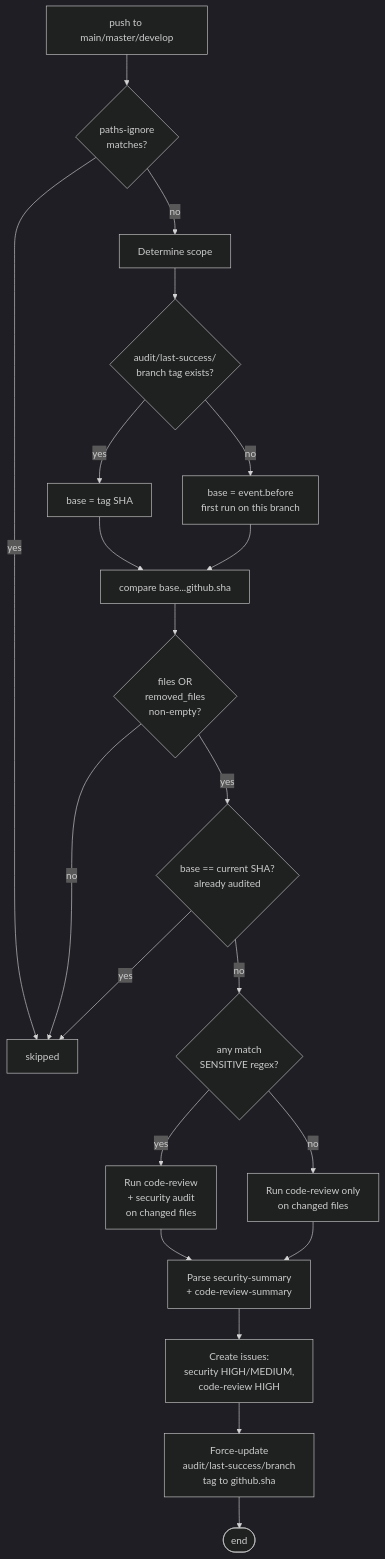
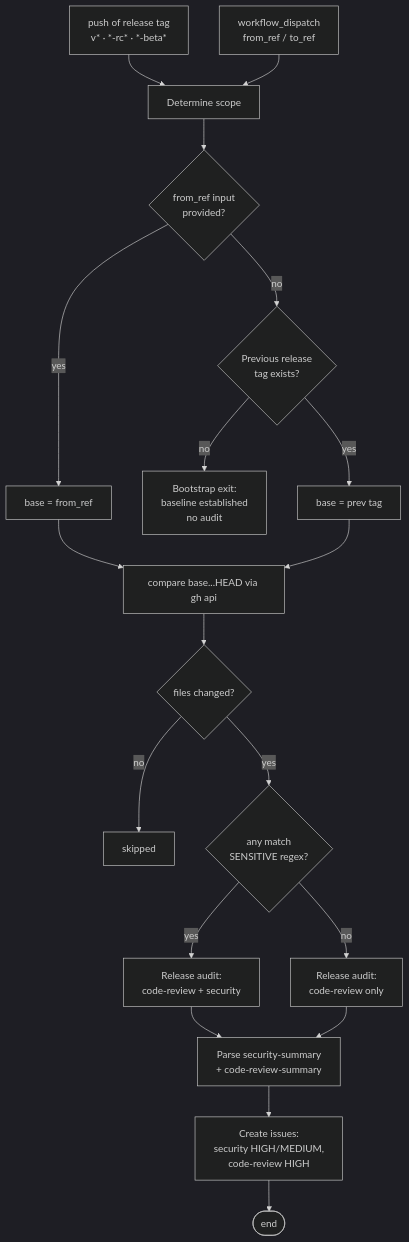
The fifth of 5 diagrams in .github/README.md (fibaneza/llm-usage-lens), drawn with Mermaid (dark theme) before and after one commit. The commit also changed other lines of this file and 1 other file, not shown here.

First line of the commit message:
docs: update README with GitHub Flow, release-tag audit, branch protection

````diff
--- a/.github/README.md
+++ b/.github/README.md
@@ -241,23 +283,21 @@
 ```mermaid
 flowchart TD
-    P[push to main/master/develop] --> PI{paths-ignore<br/>matches?}
-    PI -->|yes| Z[skipped]
-    PI -->|no| DS[Determine scope]
-    DS --> TAG{audit/last-success/<br/>branch tag exists?}
-    TAG -->|yes| BASE1[base = tag SHA]
-    TAG -->|no| BASE2[base = event.before<br/>first run on this branch]
-    BASE1 --> DIFF[compare base...github.sha]
+    P[push of release tag<br/>v* · *-rc* · *-beta*] --> DS[Determine scope]
+    WD[workflow_dispatch<br/>from_ref / to_ref] --> DS
+    DS --> FR{from_ref input<br/>provided?}
+    FR -->|yes| BASE1[base = from_ref]
+    FR -->|no| PT{Previous release<br/>tag exists?}
+    PT -->|no| BOOT[Bootstrap exit:<br/>baseline established<br/>no audit]
+    PT -->|yes| BASE2[base = prev tag]
+    BASE1 --> DIFF[compare base...HEAD via gh api]
     BASE2 --> DIFF
-    DIFF --> CHK{files OR<br/>removed_files<br/>non-empty?}
-    CHK -->|no| Z
-    CHK -->|yes| SKIP{base == current SHA?<br/>already audited}
-    SKIP -->|yes| Z
-    SKIP -->|no| SR{any match<br/>SENSITIVE regex?}
-    SR -->|yes| AUDIT[Run code-review<br/>+ security audit<br/>on changed files]
-    SR -->|no| CR[Run code-review only<br/>on changed files]
+    DIFF --> CHK{files changed?}
+    CHK -->|no| Z[skipped]
+    CHK -->|yes| SR{any match<br/>SENSITIVE regex?}
+    SR -->|yes| AUDIT[Release audit:<br/>code-review + security]
+    SR -->|no| CR[Release audit:<br/>code-review only]
     AUDIT --> PARSE[Parse security-summary<br/>+ code-review-summary]
     CR --> PARSE
     PARSE --> ISS[Create issues:<br/>security HIGH/MEDIUM,<br/>code-review HIGH]
-    ISS --> TAGUP[Force-update<br/>audit/last-success/branch<br/>tag to github.sha]
-    TAGUP --> END([end])
+    ISS --> END([end])
 ```
````
